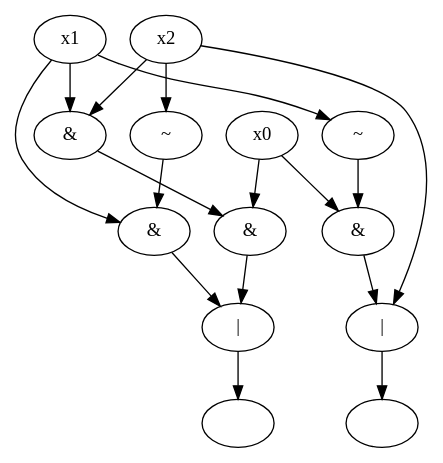
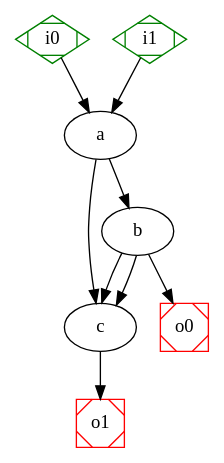
Before and after one commit to Livarg/Projet2-IM: the diagram in Open_digraph.dot, drawn with Graphviz. The commit also changed 5 other files, not shown here.

```diff
--- a/Open_digraph.dot
+++ b/Open_digraph.dot
@@ -1,33 +1,23 @@
 digraph G { 
 
     0->1;
-    0[label = "|"]; 
-    1[label = ""]; 
-    2->0;
-    2[label = "&"]; 
-    3->2;
-    3->13;
-    3[label = "x0"]; 
-    4->2;
-    4[label = "&"]; 
-    5->4;
-    5->7;
-    5->15;
-    5[label = "x1"]; 
-    6->4;
-    6->9;
-    6->11;
-    6[label = "x2"]; 
-    7->0;
-    7[label = "&"]; 
-    9->7;
-    9[label = "~"]; 
-    11->12;
-    11[label = "|"]; 
-    12[label = ""]; 
-    13->11;
-    13[label = "&"]; 
-    15->13;
-    15[label = "~"]; 
+    0->2;
+    0[label = "a"]; 
+    1->2;
+    1->2;
+    1->5;
+    1[label = "b"]; 
+    2->6;
+    2[label = "c"]; 
+    3->0;
+    3[label = "i0"]; 
+    3[shape = Mdiamond, color = green];
+    4->0;
+    4[label = "i1"]; 
+    4[shape = Mdiamond, color = green];
+    5[label = "o0"]; 
+    5[shape = Msquare, color = red];
+    6[label = "o1"]; 
+    6[shape = Msquare, color = red];
 
 }
```
